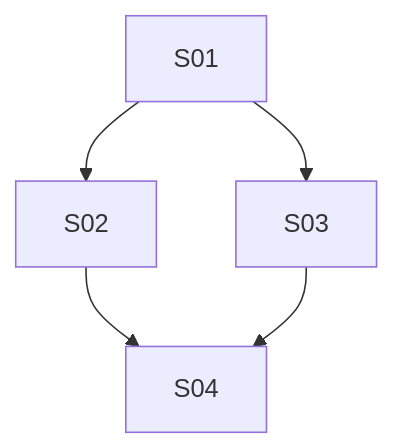
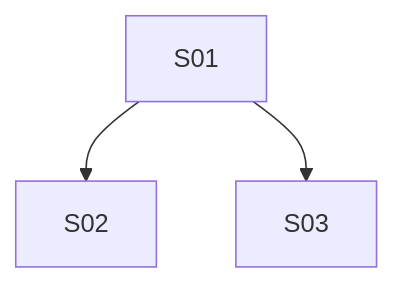
The diagram in hosts/zcode/packages/templates/BACKLOG_MESTRE_TEMPLATE.md (pauloborini/talos), drawn with Mermaid before and after one commit. The commit also changed other lines of this file and 74 other files, not shown here.

````diff
--- a/hosts/zcode/packages/templates/BACKLOG_MESTRE_TEMPLATE.md
+++ b/hosts/zcode/packages/templates/BACKLOG_MESTRE_TEMPLATE.md
@@ -203,8 +197,6 @@
 ```mermaid
 graph TD
   S01 --> S02
   S01 --> S03
-  S02 --> S04
-  S03 --> S04
-  %% [adicionar arestas conforme seção 7]
+  %% manter coerente com seção 7
 ```
````
